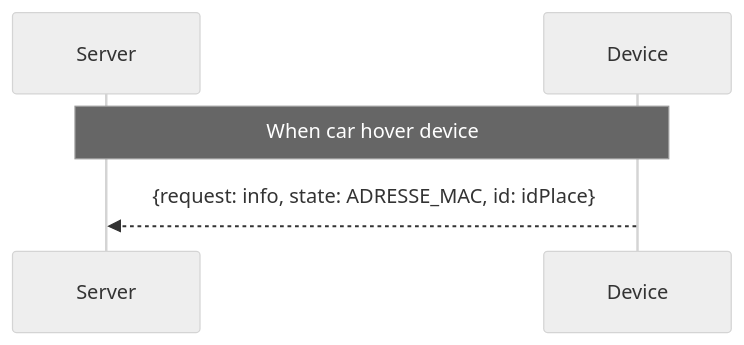
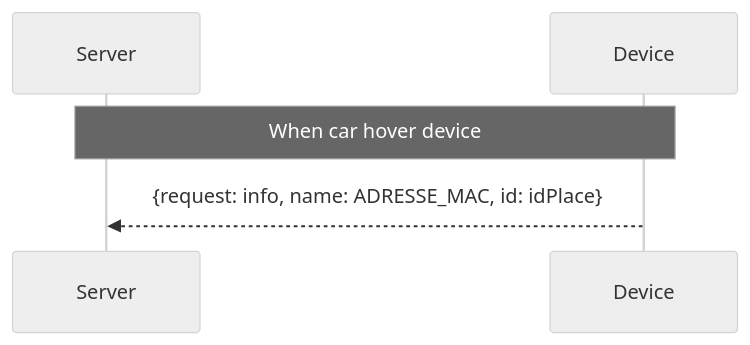
Before and after one commit to katheleligaf/rio203-sensors: the fourth of 6 diagrams in README.md, drawn with Mermaid (neutral theme).

````diff
--- a/README.md
+++ b/README.md
@@ -35,5 +35,5 @@
 ```mermaid
 sequenceDiagram
     Note over Server,Device: When car hover device
-    Device -->> Server: {request: info, state: ADRESSE_MAC, id: idPlace}
+    Device -->> Server: {request: info, name: ADRESSE_MAC, id: idPlace}
 ```
````
